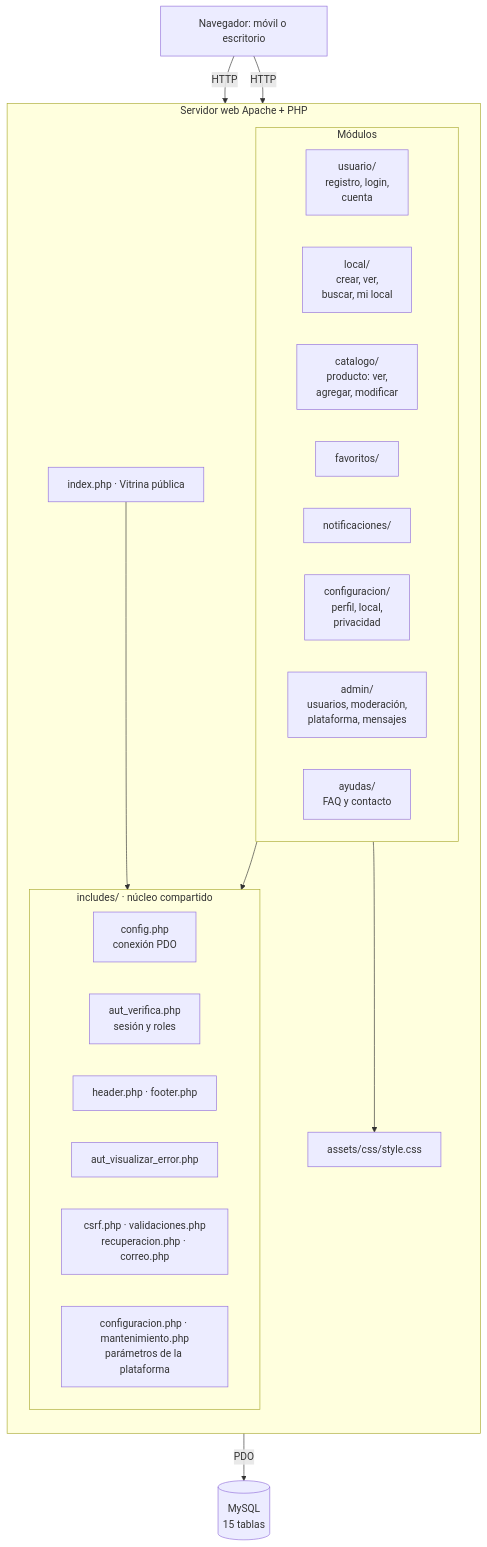
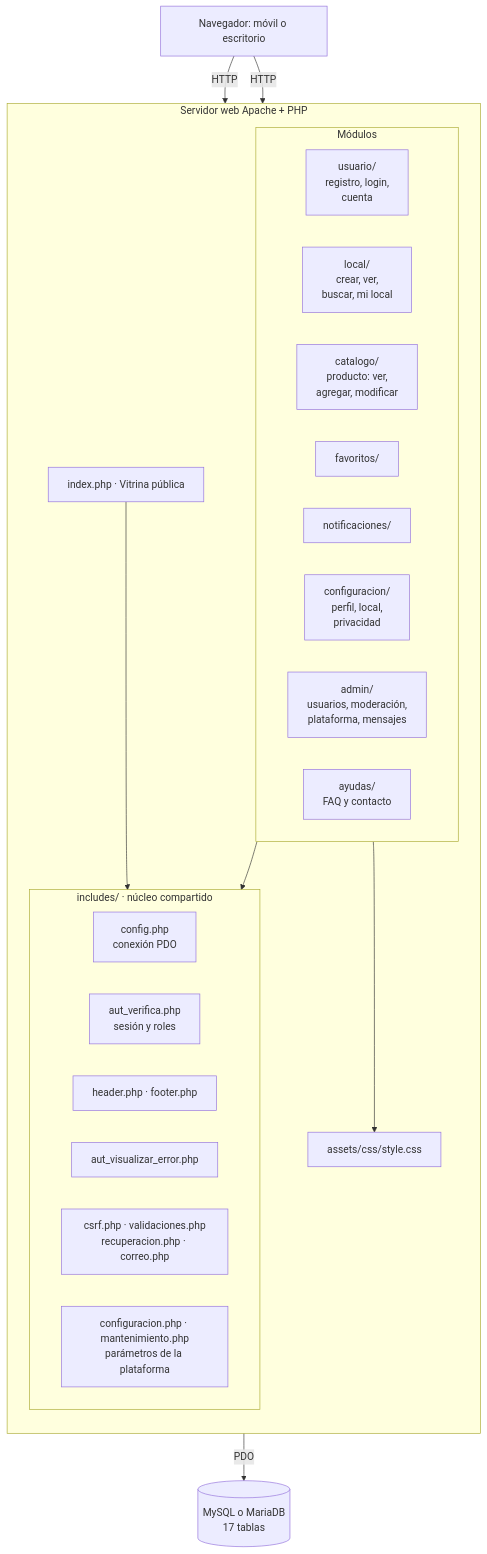
One commit to mihzuk/Galezarzal changed the first of 2 diagrams in docs/diagramas/arquitectura.md. Above: the diagram before and after it, drawn with Mermaid. The commit also changed other lines of this file and 7 other files, not shown here.

````diff
--- a/docs/diagramas/arquitectura.md
+++ b/docs/diagramas/arquitectura.md
@@ -5,39 +5,39 @@
 ```mermaid
 flowchart TB
     B[Navegador: móvil o escritorio]
 
     subgraph WEB[Servidor web Apache + PHP]
         direction TB
         IDX[index.php · Vitrina pública]
         subgraph MOD[Módulos]
             direction LR
             USR[usuario/<br/>registro, login,<br/>cuenta]
             LOC[local/<br/>crear, ver,<br/>buscar, mi local]
             CAT[catalogo/<br/>producto: ver,<br/>agregar, modificar]
             FAV[favoritos/]
             NOT[notificaciones/]
             CFG[configuracion/<br/>perfil, local,<br/>privacidad]
             ADM[admin/<br/>usuarios, moderación,<br/>plataforma, mensajes]
             AYU[ayudas/<br/>FAQ y contacto]
         end
         subgraph INC[includes/ · núcleo compartido]
             direction LR
             CONF[config.php<br/>conexión PDO]
             AUT[aut_verifica.php<br/>sesión y roles]
             HF[header.php · footer.php]
             ERR[aut_visualizar_error.php]
             SEG[csrf.php · validaciones.php<br/>recuperacion.php · correo.php]
             PLAT[configuracion.php · mantenimiento.php<br/>parámetros de la plataforma]
         end
         ASSETS[assets/css/style.css]
     end
 
-    DB[(MySQL<br/>15 tablas)]
+    DB[(MySQL o MariaDB<br/>17 tablas)]
 
     B -->|HTTP| IDX
     B -->|HTTP| MOD
     MOD --> INC
     IDX --> INC
     INC -->|PDO| DB
     MOD --> ASSETS
 ```
````
